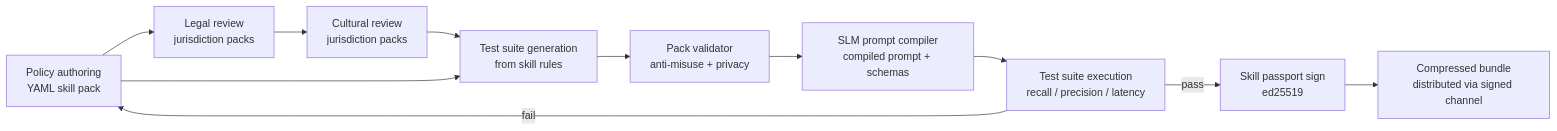
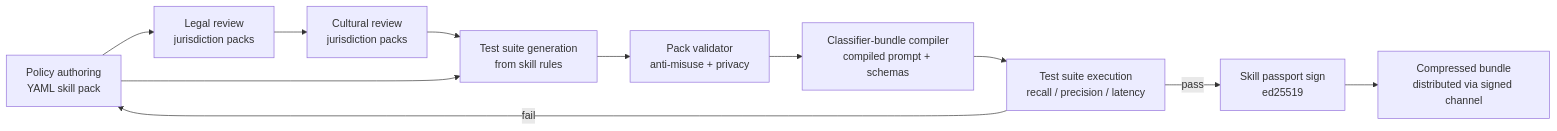
Before and after one commit to kennguy3n/slm-guardrail: the second of 2 diagrams in ARCHITECTURE.md, drawn with Mermaid. The commit also changed other lines of this file and 51 other files, not shown here.

````diff
--- a/ARCHITECTURE.md
+++ b/ARCHITECTURE.md
@@ -713,13 +731,13 @@
 ```mermaid
 flowchart LR
     A[Policy authoring<br/>YAML skill pack] --> B[Legal review<br/>jurisdiction packs]
     B --> C[Cultural review<br/>jurisdiction packs]
     C --> D[Test suite generation<br/>from skill rules]
     A --> D
     D --> E[Pack validator<br/>anti-misuse + privacy]
-    E --> F[SLM prompt compiler<br/>compiled prompt + schemas]
+    E --> F[Classifier-bundle compiler<br/>compiled prompt + schemas]
     F --> G[Test suite execution<br/>recall / precision / latency]
     G -->|pass| H[Skill passport sign<br/>ed25519]
     G -->|fail| A
     H --> I[Compressed bundle<br/>distributed via signed channel]
 ```
````
